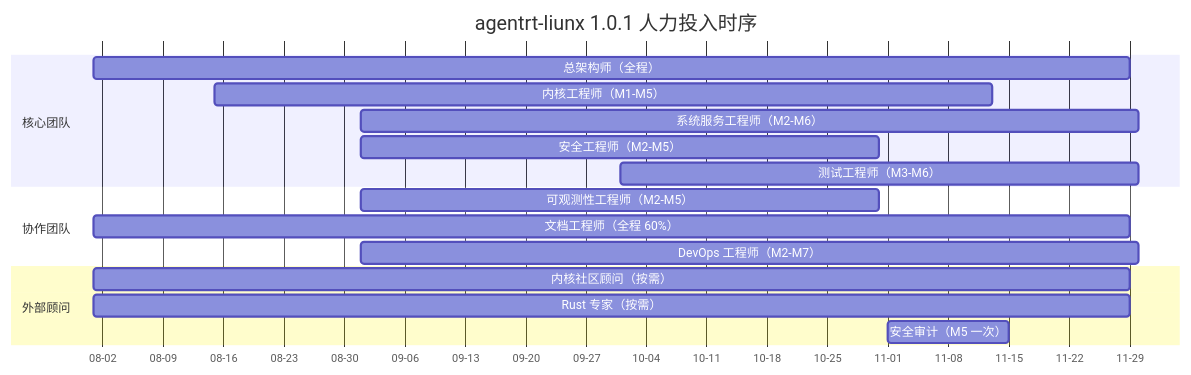
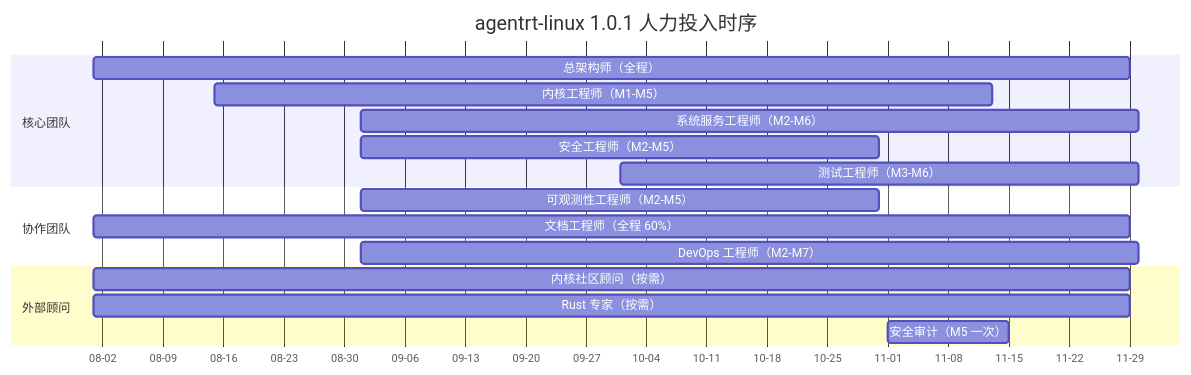
One commit to openairymax/docs changed the third of 5 diagrams in AirymaxOS/130-roadmap/03-resource-estimation.md. Above: the diagram before and after it, drawn with Mermaid. The commit also changed other lines of this file and 75 other files, not shown here.

````diff
--- a/AirymaxOS/130-roadmap/03-resource-estimation.md
+++ b/AirymaxOS/130-roadmap/03-resource-estimation.md
@@ -179,20 +179,20 @@
 ```mermaid
 gantt
-    title agentrt-liunx 1.0.1 人力投入时序
+    title agentrt-linux 1.0.1 人力投入时序
     dateFormat  YYYY-MM-DD
     axisFormat  %m-%d
     section 核心团队
     总架构师（全程）        :a1, 2026-08-01, 120d
     内核工程师（M1-M5）     :a2, 2026-08-15, 90d
     系统服务工程师（M2-M6） :a3, 2026-09-01, 90d
     安全工程师（M2-M5）     :a4, 2026-09-01, 60d
     测试工程师（M3-M6）     :a5, 2026-10-01, 60d
     section 协作团队
     可观测性工程师（M2-M5） :b1, 2026-09-01, 60d
     文档工程师（全程 60%）  :b2, 2026-08-01, 120d
     DevOps 工程师（M2-M7）  :b3, 2026-09-01, 90d
     section 外部顾问
     内核社区顾问（按需）    :c1, 2026-08-01, 120d
     Rust 专家（按需）       :c2, 2026-08-01, 120d
     安全审计（M5 一次）     :c3, 2026-11-01, 14d
 ```
````
